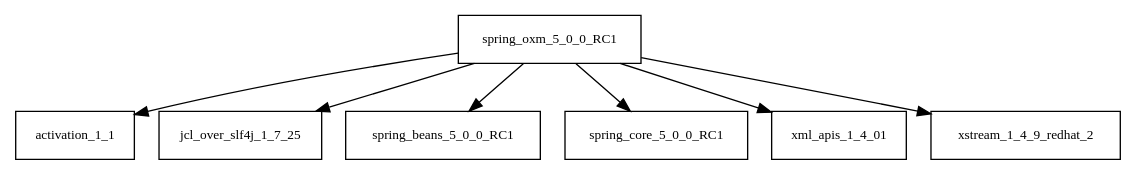
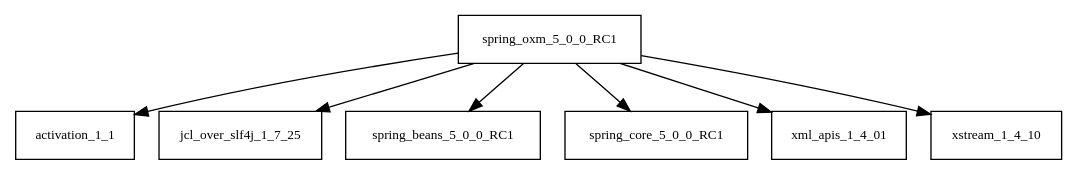
The diagram in tattleTaleReport/graphviz/spring-oxm-5.0.0.RC1.jar/spring-oxm-5.0.0.RC1.jar.dot (AglaianWoman/cia), drawn with Graphviz before and after one commit. The commit also changed 2185 other files, not shown here.

```diff
--- a/tattleTaleReport/graphviz/spring-oxm-5.0.0.RC1.jar/spring-oxm-5.0.0.RC1.jar.dot
+++ b/tattleTaleReport/graphviz/spring-oxm-5.0.0.RC1.jar/spring-oxm-5.0.0.RC1.jar.dot
@@ -1,9 +1,9 @@
 digraph spring_oxm_5_0_0_RC1_dependencies {
   node [shape = box, fontsize=10.0];
   spring_oxm_5_0_0_RC1 -> activation_1_1;
   spring_oxm_5_0_0_RC1 -> jcl_over_slf4j_1_7_25;
   spring_oxm_5_0_0_RC1 -> spring_beans_5_0_0_RC1;
   spring_oxm_5_0_0_RC1 -> spring_core_5_0_0_RC1;
   spring_oxm_5_0_0_RC1 -> xml_apis_1_4_01;
-  spring_oxm_5_0_0_RC1 -> xstream_1_4_9_redhat_2;
+  spring_oxm_5_0_0_RC1 -> xstream_1_4_10;
 }
```
